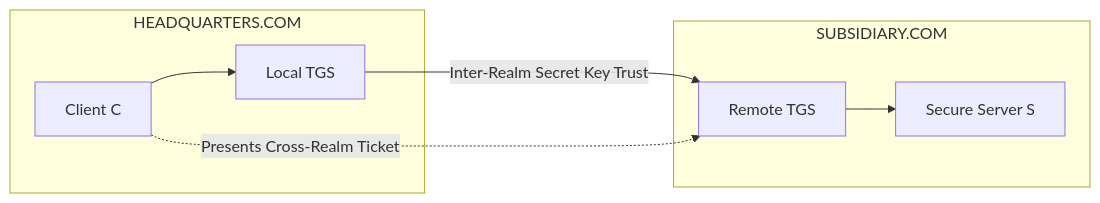
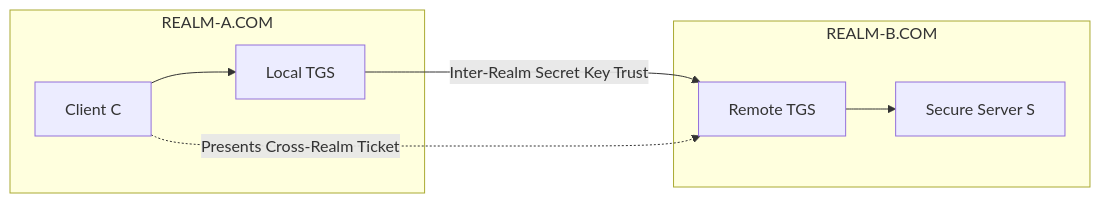
Before and after one commit to namaewafaisal/Obsidian_Vault: the second of 4 diagrams in 03-Academics/Network_Security/Kerberos.md, drawn with Mermaid. The commit also changed other lines of this file, not shown here.

````diff
--- a/03-Academics/Network_Security/Kerberos.md
+++ b/03-Academics/Network_Security/Kerberos.md
@@ -150,11 +56,12 @@
 ```mermaid
 graph LR
-    subgraph Realm A [HEADQUARTERS.COM]
+    subgraph Realm A [REALM-A.COM]
         ClientA[Client C] --> TGS_A[Local TGS]
     end
-    subgraph Realm B [SUBSIDIARY.COM]
+    subgraph Realm B [REALM-B.COM]
         TGS_B[Remote TGS] --> TargetS[Secure Server S]
     end
     TGS_A -->|Inter-Realm Secret Key Trust| TGS_B
     ClientA -.->|Presents Cross-Realm Ticket| TGS_B
+
 ```
````
